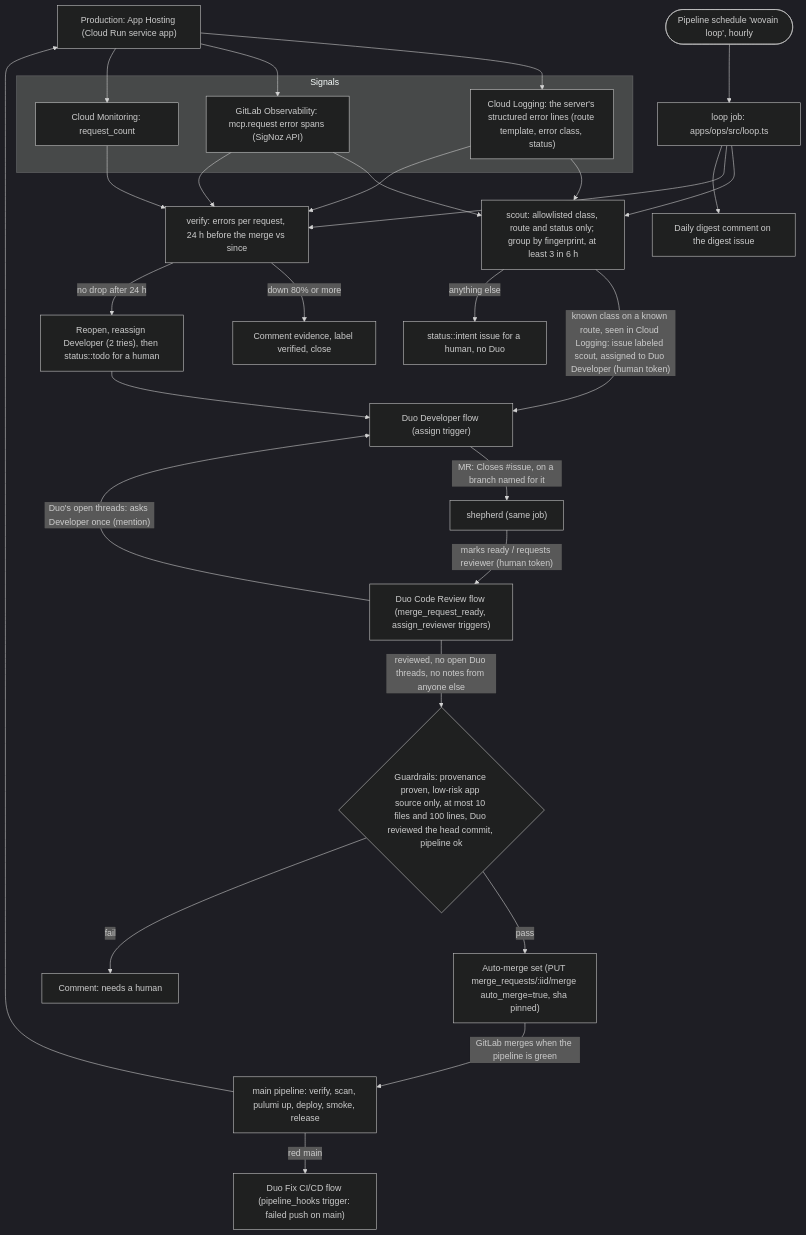
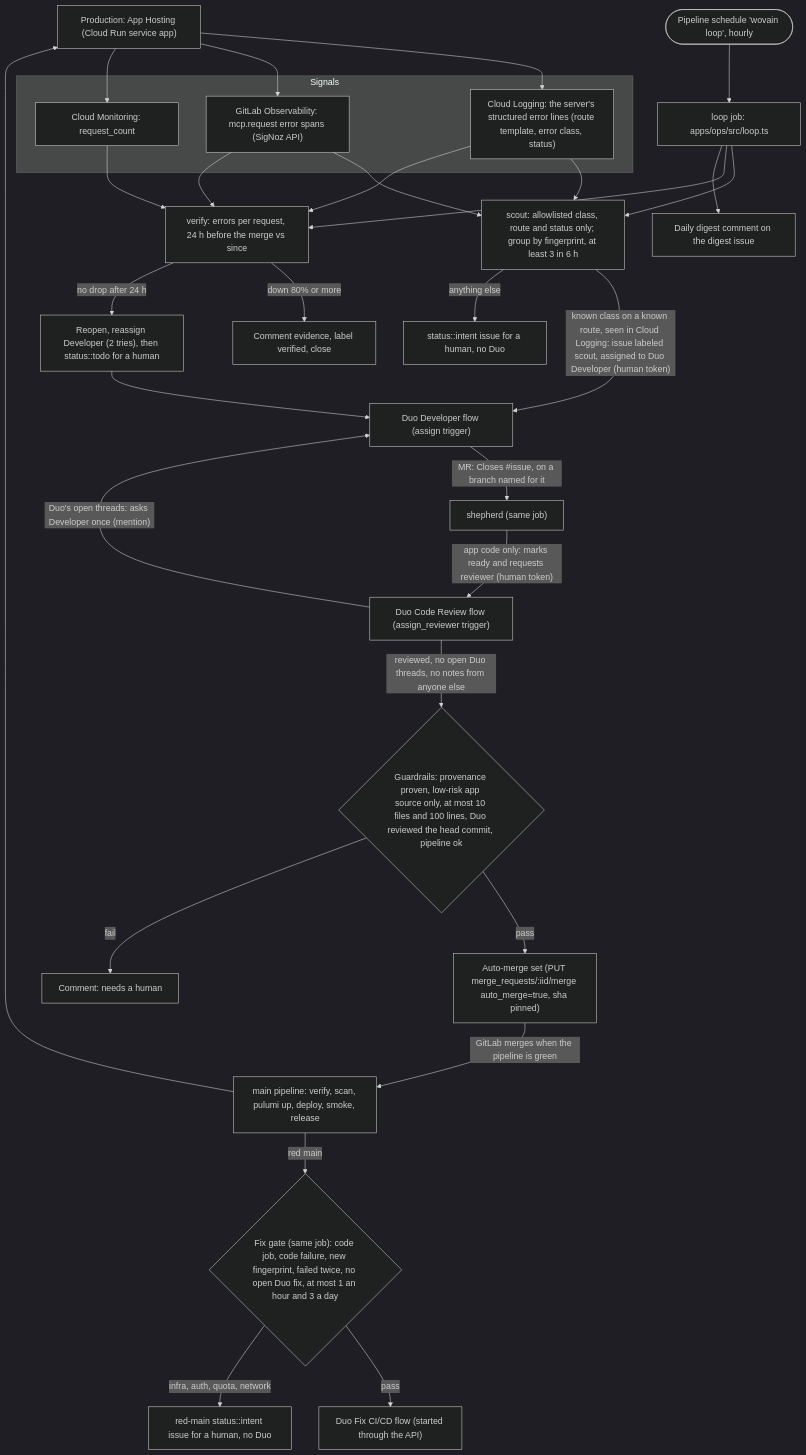
The diagram in docs/loop.md (sami-m-g/wovain), drawn with Mermaid (dark theme) before and after one commit. The commit also changed other lines of this file and 5 other files, not shown here.

First line of the commit message:
docs(loop): document the fix gate and credit-aware duo triggers

````diff
--- a/docs/loop.md
+++ b/docs/loop.md
@@ -5,30 +5,32 @@
 ```mermaid
 flowchart TD
   prod["Production: App Hosting (Cloud Run service app)"]
   subgraph signals["Signals"]
     cl["Cloud Logging: the server's structured error lines (route template, error class, status)"]
     o11y["GitLab Observability: mcp.request error spans (SigNoz API)"]
     mon["Cloud Monitoring: request_count"]
   end
   prod --> cl & o11y & mon
   sched(["Pipeline schedule 'wovain loop', hourly"]) --> loop["loop job: apps/ops/src/loop.ts"]
   cl & o11y --> scout["scout: allowlisted class, route and status only; group by fingerprint, at least 3 in 6 h"]
   loop --> scout
   scout -->|"known class on a known route, seen in Cloud Logging: issue labeled scout, assigned to Duo Developer (human token)"| dev["Duo Developer flow (assign trigger)"]
   scout -->|"anything else"| intent["status::intent issue for a human, no Duo"]
   dev -->|"MR: Closes #issue, on a branch named for it"| shep["shepherd (same job)"]
-  shep -->|"marks ready / requests reviewer (human token)"| cr["Duo Code Review flow (merge_request_ready, assign_reviewer triggers)"]
+  shep -->|"app code only: marks ready and requests reviewer (human token)"| cr["Duo Code Review flow (assign_reviewer trigger)"]
   cr -->|"Duo's open threads: asks Developer once (mention)"| dev
   cr -->|"reviewed, no open Duo threads, no notes from anyone else"| guard{"Guardrails: provenance proven, low-risk app source only, at most 10 files and 100 lines, Duo reviewed the head commit, pipeline ok"}
   guard -->|pass| am["Auto-merge set (PUT merge_requests/:iid/merge auto_merge=true, sha pinned)"]
   guard -->|fail| human["Comment: needs a human"]
   am -->|"GitLab merges when the pipeline is green"| main["main pipeline: verify, scan, pulumi up, deploy, smoke, release"]
-  main -->|"red main"| fix["Duo Fix CI/CD flow (pipeline_hooks trigger: failed push on main)"]
+  main -->|"red main"| gate{"Fix gate (same job): code job, code failure, new fingerprint, failed twice, no open Duo fix, at most 1 an hour and 3 a day"}
+  gate -->|pass| fix["Duo Fix CI/CD flow (started through the API)"]
+  gate -->|"infra, auth, quota, network"| redintent["red-main status::intent issue for a human, no Duo"]
   main --> prod
   mon & cl & o11y --> verify["verify: errors per request, 24 h before the merge vs since"]
   loop --> verify
   verify -->|"down 80% or more"| closed["Comment evidence, label verified, close"]
   verify -->|"no drop after 24 h"| reopen["Reopen, reassign Developer (2 tries), then status::todo for a human"]
   reopen --> dev
   loop --> digest["Daily digest comment on the digest issue"]
 ```
````
